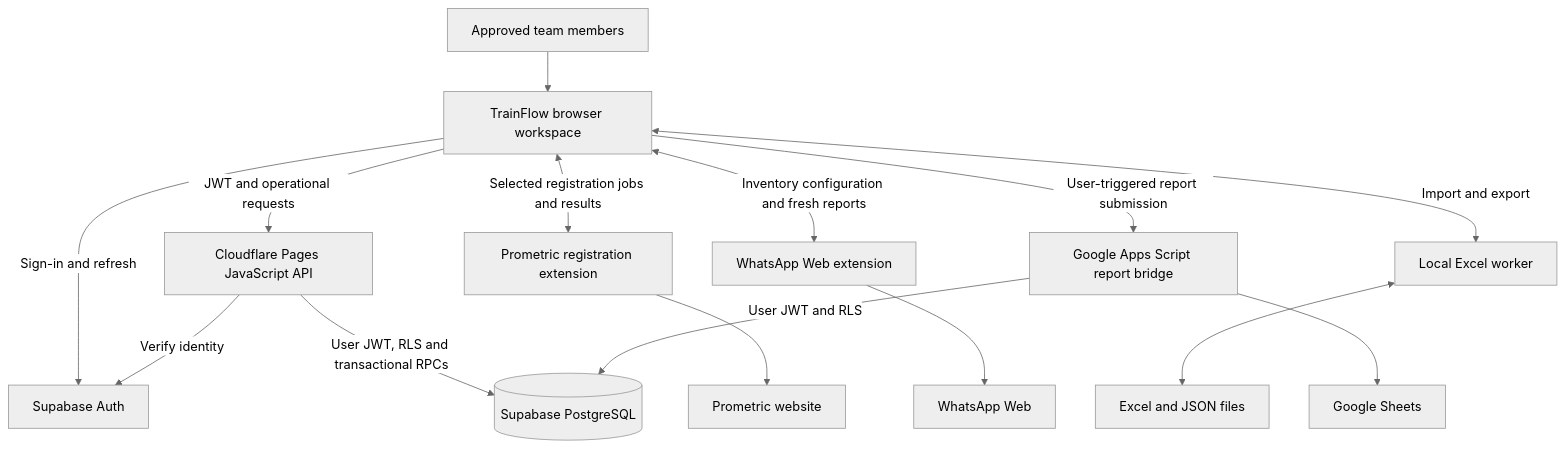
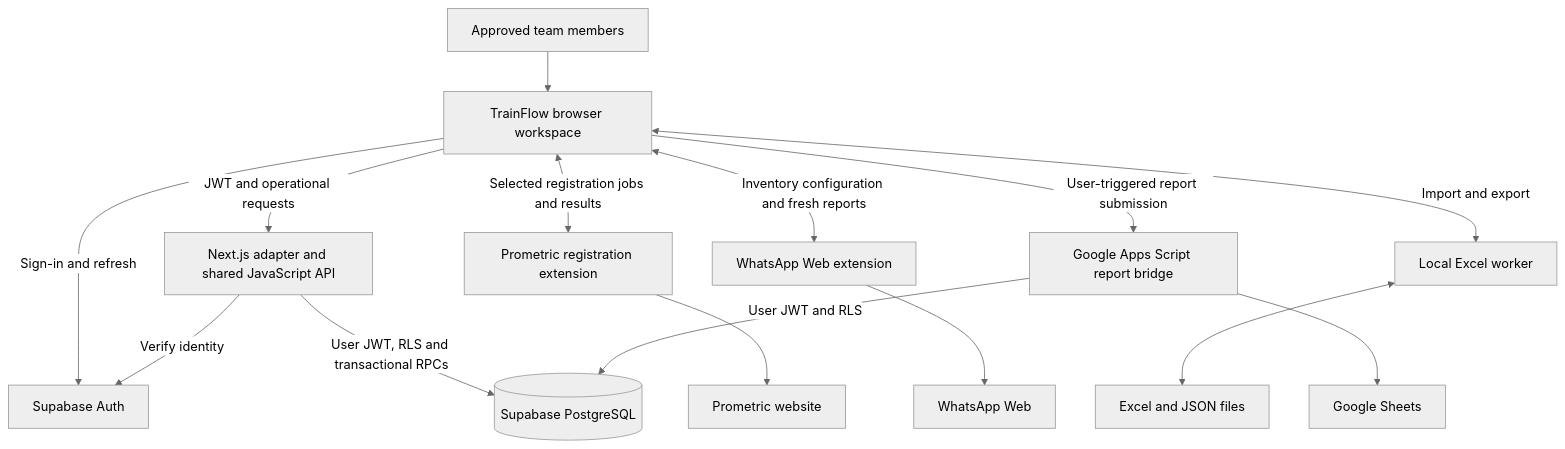
Before and after one commit to salahmostava-sys/Trainflow: the first of 3 diagrams in ARCHITECTURE.md, drawn with Mermaid (neutral theme). The commit also changed other lines of this file and 40 other files, not shown here.

````diff
--- a/ARCHITECTURE.md
+++ b/ARCHITECTURE.md
@@ -7,31 +9,31 @@
 ```mermaid
 flowchart TB
     Team[Approved team members]
     UI[TrainFlow browser workspace]
     Auth[Supabase Auth]
-    API[Cloudflare Pages JavaScript API]
+    API[Next.js adapter and shared JavaScript API]
     DB[(Supabase PostgreSQL)]
     WA[WhatsApp Web extension]
     WhatsApp[WhatsApp Web]
     PRO[Prometric registration extension]
     Prometric[Prometric website]
     XLSX[Local Excel worker]
     Files[Excel and JSON files]
     Reports[Google Apps Script report bridge]
     Sheets[Google Sheets]
 
     Team --> UI
     UI -->|Sign-in and refresh| Auth
     UI -->|JWT and operational requests| API
     API -->|Verify identity| Auth
     API -->|User JWT, RLS and transactional RPCs| DB
     UI <-->|Selected registration jobs and results| PRO
     PRO --> Prometric
     UI <-->|Inventory configuration and fresh reports| WA
     WA --> WhatsApp
     UI <-->|Import and export| XLSX
     XLSX <--> Files
     UI -->|User-triggered report submission| Reports
     Reports -->|User JWT and RLS| DB
     Reports --> Sheets
 ```
````
